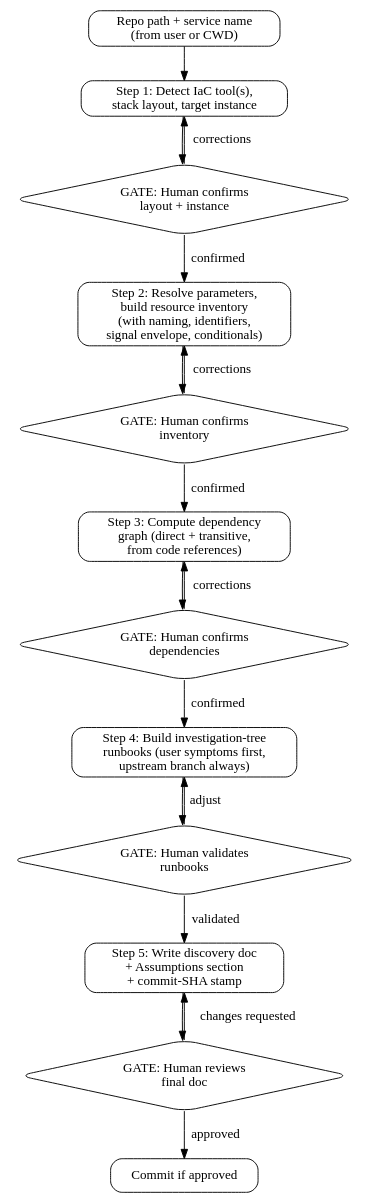
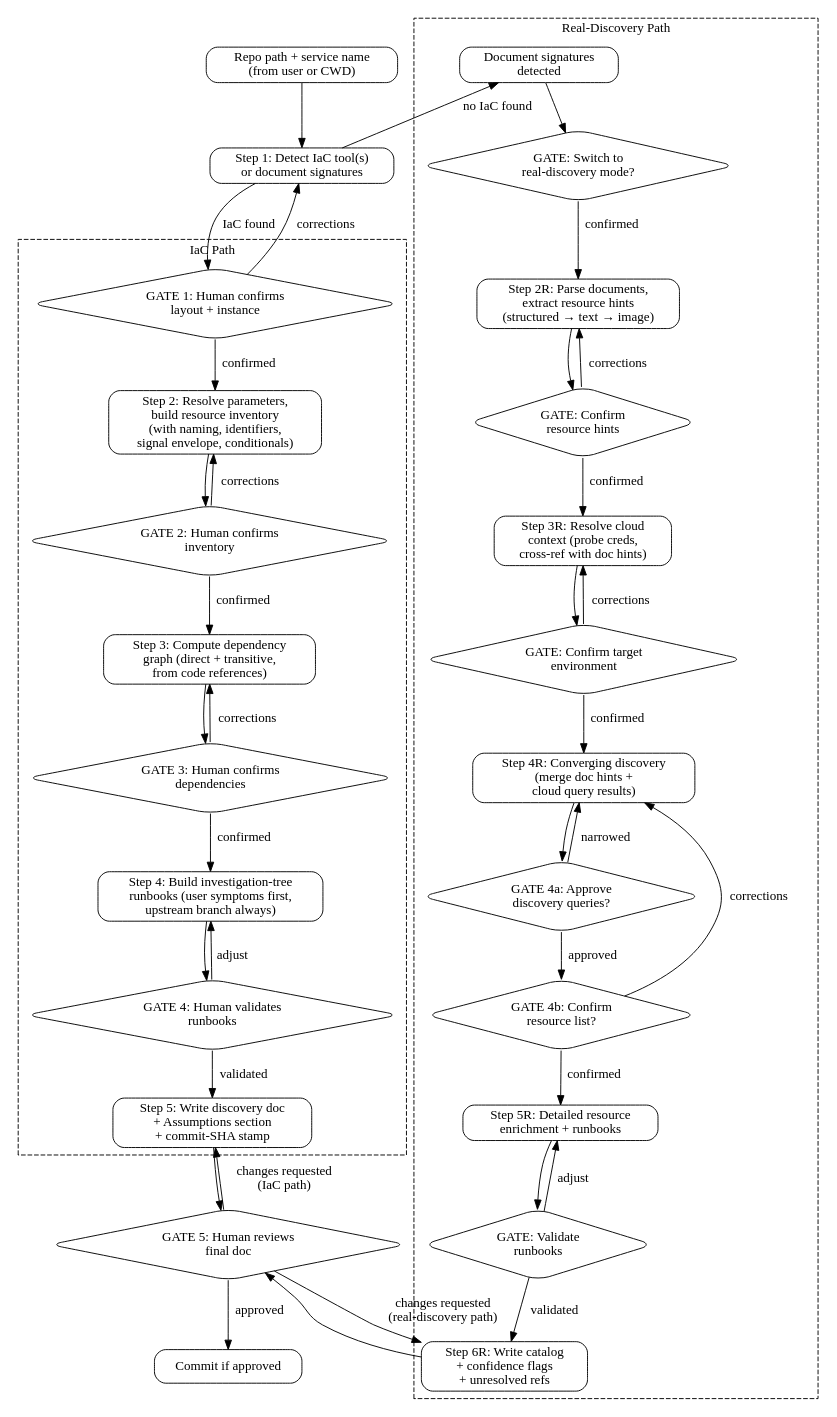
One commit to culiops/culiops-agent changed the diagram in skills/service-discovery/SKILL.md. Above: the diagram before and after it, drawn with Graphviz. The commit also changed other lines of this file, not shown here.

Commit message:
service-discovery: add Steps 5R-6R, model routing, and updated workflow graph

````diff
--- a/skills/service-discovery/SKILL.md
+++ b/skills/service-discovery/SKILL.md
@@ -68,33 +68,80 @@
     node [shape=box, style=rounded];
 
     input    [label="Repo path + service name\n(from user or CWD)"];
-    detect   [label="Step 1: Detect IaC tool(s),\nstack layout, target instance"];
-    gate1    [label="GATE: Human confirms\nlayout + instance", shape=diamond];
-    inventory [label="Step 2: Resolve parameters,\nbuild resource inventory\n(with naming, identifiers,\nsignal envelope, conditionals)"];
-    gate2    [label="GATE: Human confirms\ninventory", shape=diamond];
-    deps     [label="Step 3: Compute dependency\ngraph (direct + transitive,\nfrom code references)"];
-    gate3    [label="GATE: Human confirms\ndependencies", shape=diamond];
-    runbooks [label="Step 4: Build investigation-tree\nrunbooks (user symptoms first,\nupstream branch always)"];
-    gate4    [label="GATE: Human validates\nrunbooks", shape=diamond];
-    write    [label="Step 5: Write discovery doc\n+ Assumptions section\n+ commit-SHA stamp"];
-    gate5    [label="GATE: Human reviews\nfinal doc", shape=diamond];
+    detect   [label="Step 1: Detect IaC tool(s)\nor document signatures"];
+
+    subgraph cluster_iac {
+        label="IaC Path";
+        style=dashed;
+
+        gate1    [label="GATE 1: Human confirms\nlayout + instance", shape=diamond];
+        inventory [label="Step 2: Resolve parameters,\nbuild resource inventory\n(with naming, identifiers,\nsignal envelope, conditionals)"];
+        gate2    [label="GATE 2: Human confirms\ninventory", shape=diamond];
+        deps     [label="Step 3: Compute dependency\ngraph (direct + transitive,\nfrom code references)"];
+        gate3    [label="GATE 3: Human confirms\ndependencies", shape=diamond];
+        runbooks [label="Step 4: Build investigation-tree\nrunbooks (user symptoms first,\nupstream branch always)"];
+        gate4    [label="GATE 4: Human validates\nrunbooks", shape=diamond];
+        write    [label="Step 5: Write discovery doc\n+ Assumptions section\n+ commit-SHA stamp"];
+    }
+
+    subgraph cluster_real {
+        label="Real-Discovery Path";
+        style=dashed;
+
+        docroute [label="Document signatures\ndetected"];
+        gateR1   [label="GATE: Switch to\nreal-discovery mode?", shape=diamond];
+        parse    [label="Step 2R: Parse documents,\nextract resource hints\n(structured → text → image)"];
+        gateR2   [label="GATE: Confirm\nresource hints", shape=diamond];
+        context  [label="Step 3R: Resolve cloud\ncontext (probe creds,\ncross-ref with doc hints)"];
+        gateR3   [label="GATE: Confirm target\nenvironment", shape=diamond];
+        converge [label="Step 4R: Converging discovery\n(merge doc hints +\ncloud query results)"];
+        gateR4a  [label="GATE 4a: Approve\ndiscovery queries?", shape=diamond];
+        gateR4b  [label="GATE 4b: Confirm\nresource list?", shape=diamond];
+        enrich   [label="Step 5R: Detailed resource\nenrichment + runbooks"];
+        gateR5   [label="GATE: Validate\nrunbooks", shape=diamond];
+        writeR   [label="Step 6R: Write catalog\n+ confidence flags\n+ unresolved refs"];
+    }
+
+    gate5    [label="GATE 5: Human reviews\nfinal doc", shape=diamond];
     commit   [label="Commit if approved"];
 
     input -> detect;
-    detect -> gate1;
-    gate1 -> inventory [label="confirmed"];
-    gate1 -> detect    [label="corrections"];
+    detect -> gate1     [label="IaC found"];
+    detect -> docroute  [label="no IaC found"];
+
+    gate1 -> inventory  [label="confirmed"];
+    gate1 -> detect     [label="corrections"];
     inventory -> gate2;
-    gate2 -> deps      [label="confirmed"];
-    gate2 -> inventory [label="corrections"];
+    gate2 -> deps       [label="confirmed"];
+    gate2 -> inventory  [label="corrections"];
     deps -> gate3;
-    gate3 -> runbooks  [label="confirmed"];
-    gate3 -> deps      [label="corrections"];
+    gate3 -> runbooks   [label="confirmed"];
+    gate3 -> deps       [label="corrections"];
     runbooks -> gate4;
-    gate4 -> write     [label="validated"];
-    gate4 -> runbooks  [label="adjust"];
+    gate4 -> write      [label="validated"];
+    gate4 -> runbooks   [label="adjust"];
     write -> gate5;
-    gate5 -> commit    [label="approved"];
-    gate5 -> write     [label="changes requested"];
+
+    docroute -> gateR1;
+    gateR1 -> parse     [label="confirmed"];
+    parse -> gateR2;
+    gateR2 -> context   [label="confirmed"];
+    gateR2 -> parse     [label="corrections"];
+    context -> gateR3;
+    gateR3 -> converge  [label="confirmed"];
+    gateR3 -> context   [label="corrections"];
+    converge -> gateR4a;
+    gateR4a -> gateR4b  [label="approved"];
+    gateR4a -> converge [label="narrowed"];
+    gateR4b -> enrich   [label="confirmed"];
+    gateR4b -> converge [label="corrections"];
+    enrich -> gateR5;
+    gateR5 -> writeR    [label="validated"];
+    gateR5 -> enrich    [label="adjust"];
+    writeR -> gate5;
+
+    gate5 -> commit     [label="approved"];
+    gate5 -> write      [label="changes requested\n(IaC path)"];
+    gate5 -> writeR     [label="changes requested\n(real-discovery path)"];
 }
 ```
````
